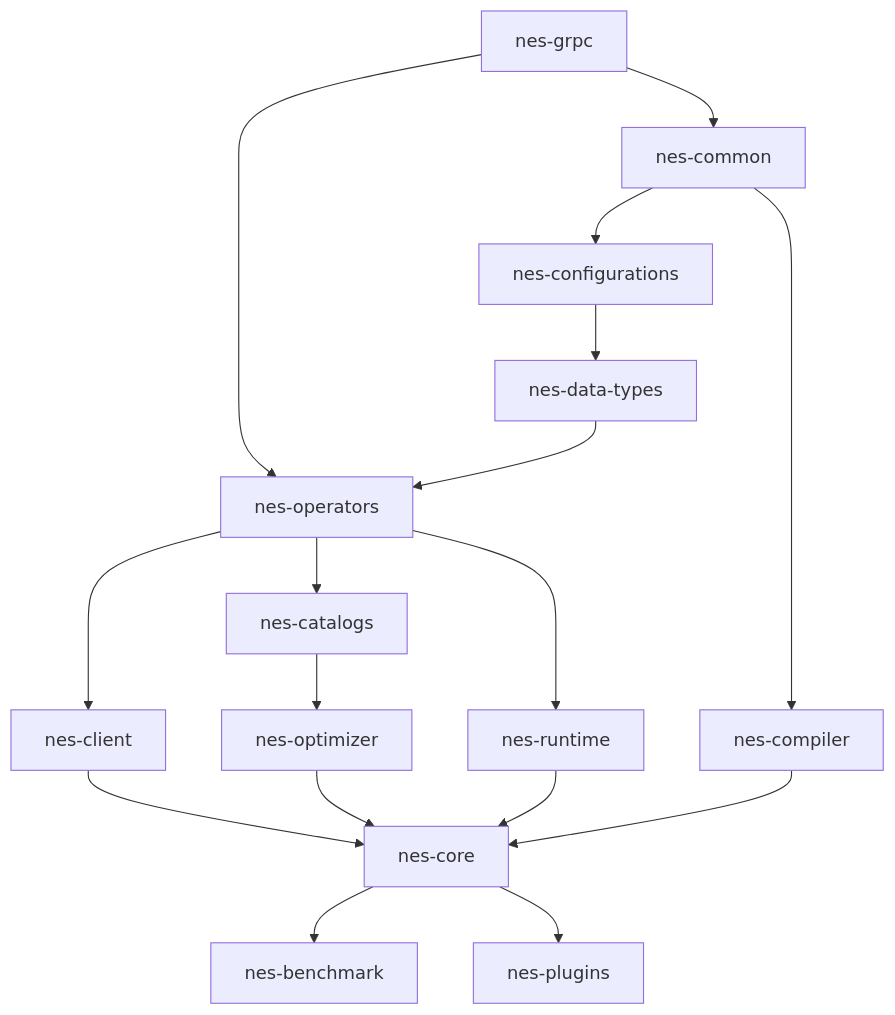
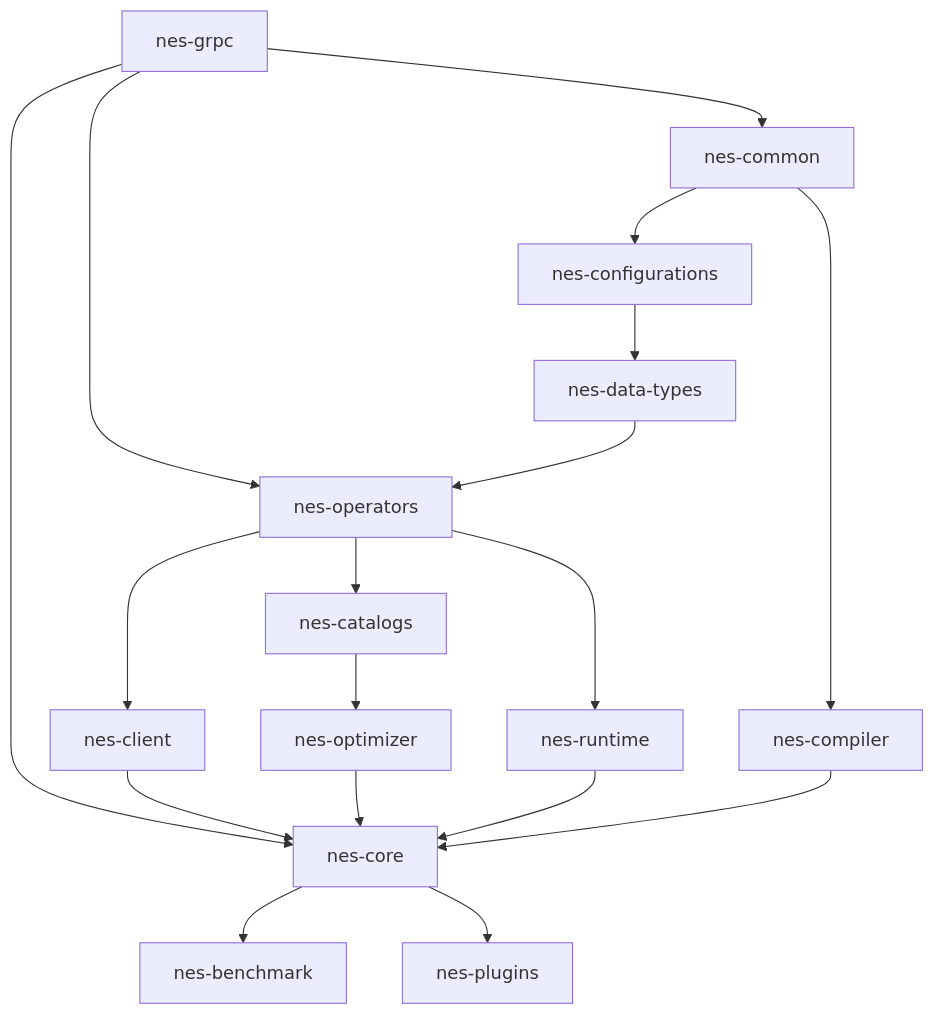
Before and after one commit to nebulastream/nebulastream: the diagram in README.md, drawn with Mermaid. The commit also changed 2 other files, not shown here.

Commit message:
[#3853] Fix GRPC issue on macOS

````diff
--- a/README.md
+++ b/README.md
@@ -42,19 +42,20 @@
 ```mermaid
 graph TD;
+  nes-grpc-->nes-core;
   nes-core-->nes-benchmark;
   nes-operators-->nes-catalogs;
   nes-operators-->nes-client;
   nes-grpc-->nes-common;
   nes-common-->nes-compiler; 
   nes-common-->nes-configurations;
   nes-client-->nes-core;
   nes-optimizer-->nes-core;
   nes-runtime-->nes-core;
   nes-compiler-->nes-core;
   nes-configurations-->nes-data-types;
   nes-grpc-->nes-operators;
   nes-data-types-->nes-operators;
   nes-catalogs-->nes-optimizer;
   nes-core-->nes-plugins;
   nes-operators-->nes-runtime;
 ```
````
